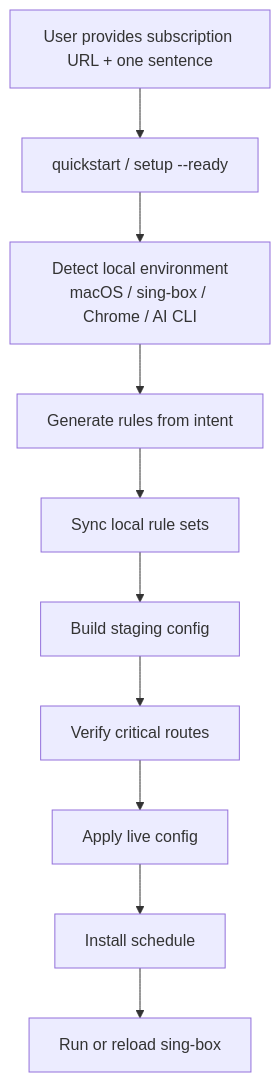
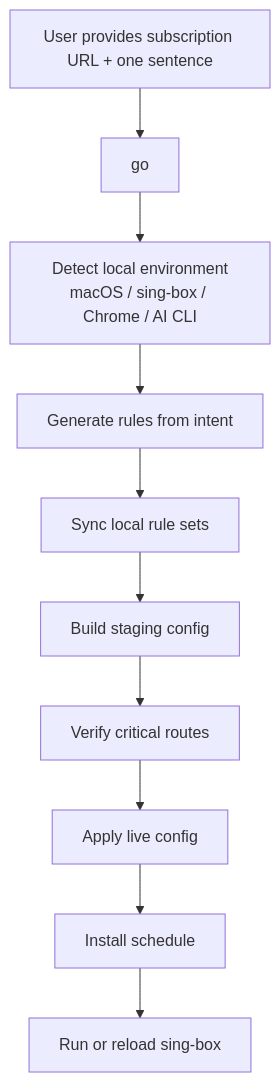
The second of 2 diagrams in README-en.md (menlong999/singbox-iac), drawn with Mermaid before and after one commit. The commit also changed other lines of this file and 1 other file, not shown here.

Commit message:
Refresh user-facing README docs

````diff
--- a/README-en.md
+++ b/README-en.md
@@ -63,12 +63,12 @@
 ```mermaid
 flowchart TD
-    A["User provides subscription URL + one sentence"] --> B["quickstart / setup --ready"]
+    A["User provides subscription URL + one sentence"] --> B["go"]
     B --> C["Detect local environment<br/>macOS / sing-box / Chrome / AI CLI"]
     C --> D["Generate rules from intent"]
     D --> E["Sync local rule sets"]
     E --> F["Build staging config"]
     F --> G["Verify critical routes"]
     G --> H["Apply live config"]
     H --> I["Install schedule"]
     I --> J["Run or reload sing-box"]
 ```
````
